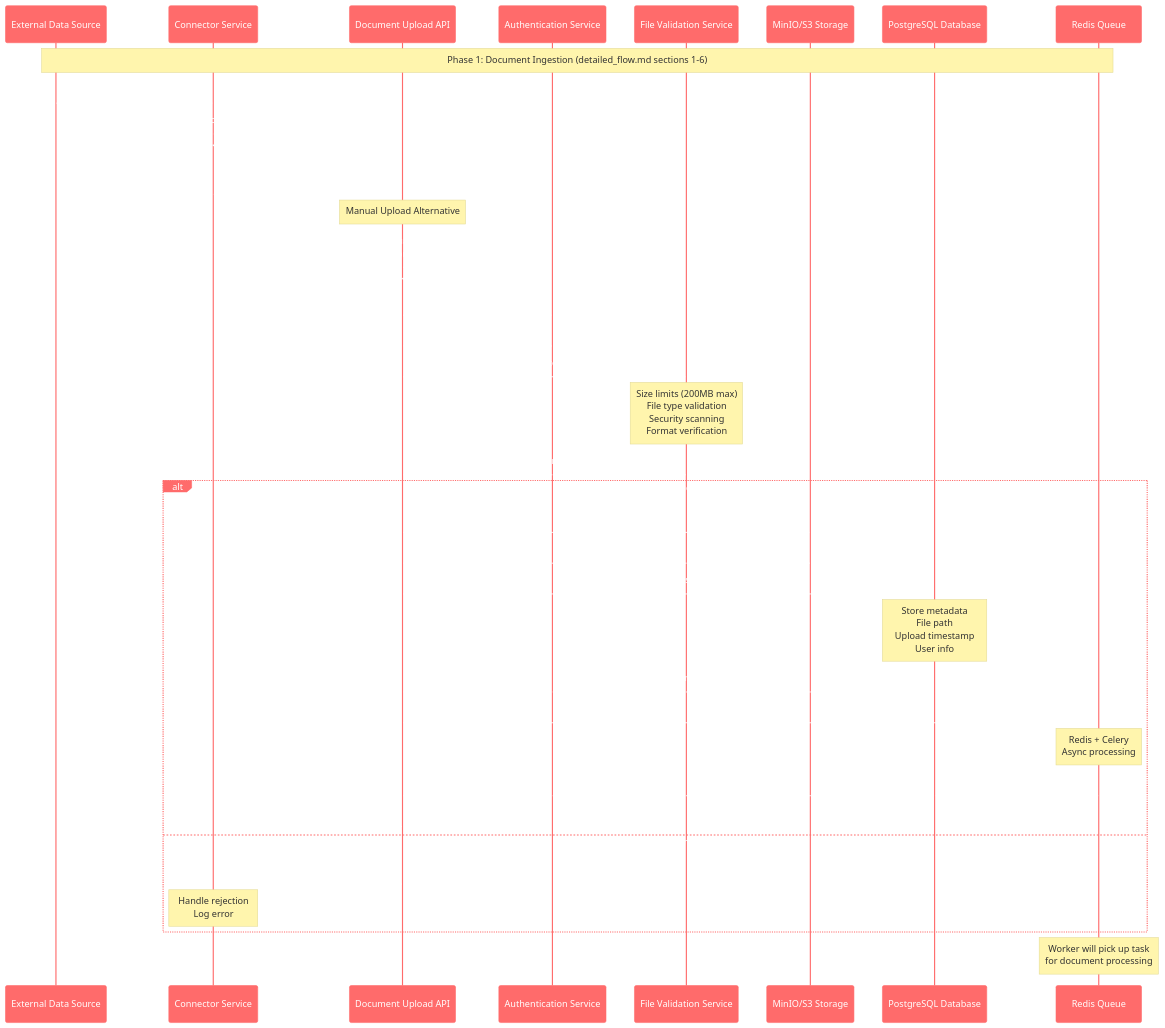
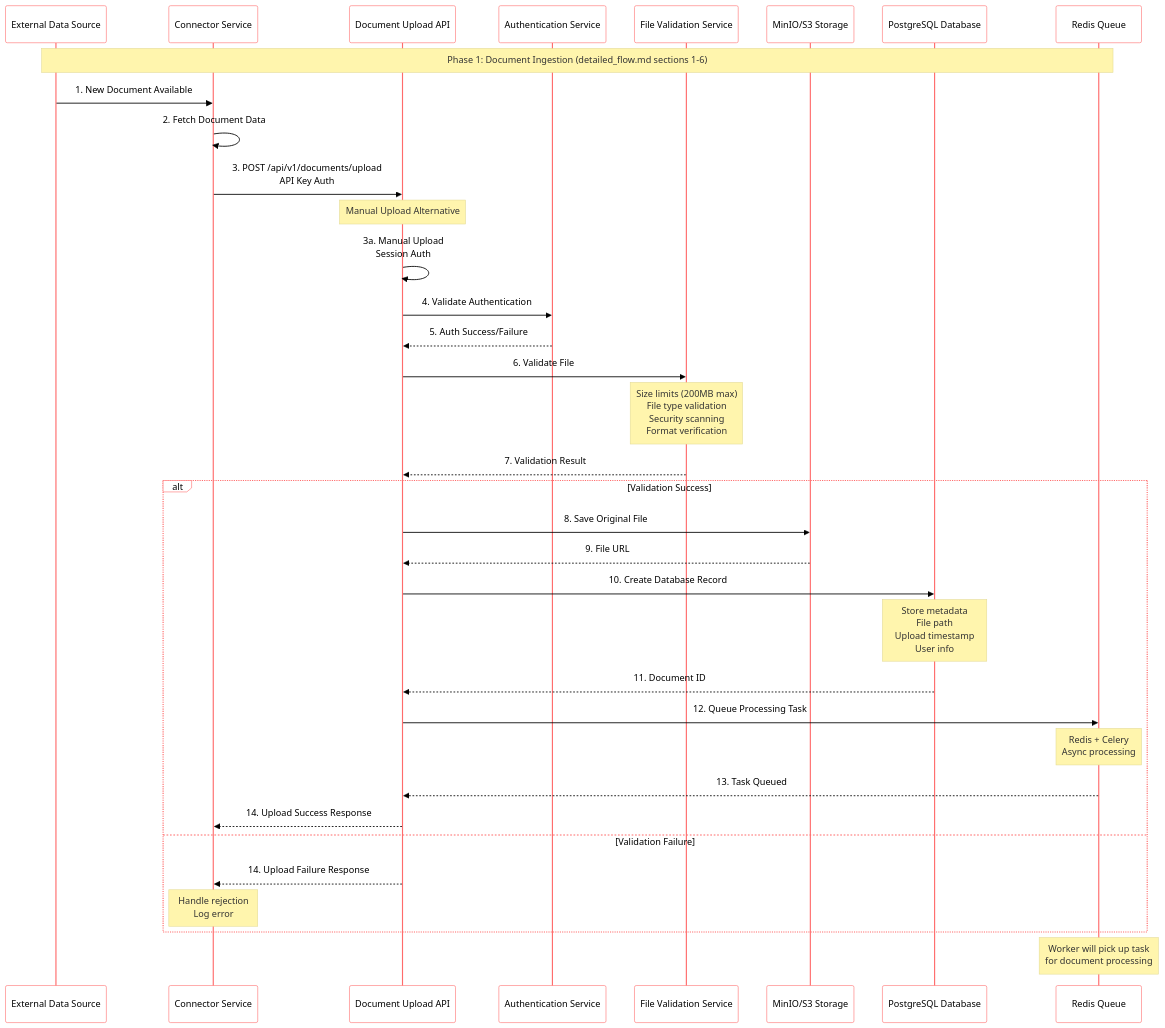
The diagram in kmrl-plan/design/diagrams/sequence_document_upload.mmd (Blessan-Alex/redbox-v2), drawn with Mermaid before and after one commit. The commit also changed 14 other files, not shown here.

```diff
--- a/kmrl-plan/design/diagrams/sequence_document_upload.mmd
+++ b/kmrl-plan/design/diagrams/sequence_document_upload.mmd
@@ -1,76 +1,84 @@
 %%{
   init: {
     'theme': 'base',
     'themeVariables': {
       'primaryColor': '#ff6b6b',
-      'primaryTextColor': '#fff',
+      'primaryTextColor': '#000000',
       'primaryBorderColor': '#ff6b6b',
-      'lineColor': '#333',
+      'lineColor': '#000000',
       'sectionBkgColor': '#f8f9fa',
       'altSectionBkgColor': '#e9ecef',
       'gridColor': '#dee2e6',
       'secondaryColor': '#4ecdc4',
-      'tertiaryColor': '#45b7d1'
+      'tertiaryColor': '#45b7d1',
+      'primaryTextColor': '#000000',
+      'secondaryTextColor': '#000000',
+      'tertiaryTextColor': '#000000',
+      'lineColor': '#000000',
+      'textColor': '#000000',
+      'mainBkg': '#ffffff',
+      'secondBkg': '#f8f9fa',
+      'tertiaryBkg': '#e9ecef'
     }
   }
 }%%
 
 %% KMRL Document Upload Sequence Diagram
 %% Source: detailed_flow.md sections 1-2, flow.md phase 1, flow2.md steps 1-7
 %% Author: Systems Architect
 %% Date: 2024-12-19
 %% Purpose: Document upload flow from external sources to processing queue
 
 sequenceDiagram
     participant EDS as External Data Source
     participant CONN as Connector Service
     participant API as Document Upload API
     participant AUTH as Authentication Service
     participant VAL as File Validation Service
     participant S3 as MinIO/S3 Storage
     participant PG as PostgreSQL Database
     participant REDIS as Redis Queue
     
     Note over EDS,REDIS: Phase 1: Document Ingestion (detailed_flow.md sections 1-6)
     
     %% Automatic Upload Flow
     EDS->>CONN: 1. New Document Available
     CONN->>CONN: 2. Fetch Document Data
     CONN->>API: 3. POST /api/v1/documents/upload<br/>API Key Auth
     
     %% Manual Upload Flow (Alternative)
     Note over API: Manual Upload Alternative
     API->>API: 3a. Manual Upload<br/>Session Auth
     
     %% Authentication
     API->>AUTH: 4. Validate Authentication
     AUTH-->>API: 5. Auth Success/Failure
     
     %% File Validation
     API->>VAL: 6. Validate File
     Note over VAL: Size limits (200MB max)<br/>File type validation<br/>Security scanning<br/>Format verification
     VAL-->>API: 7. Validation Result
     
     alt Validation Success
         %% Storage Operations
         API->>S3: 8. Save Original File
         S3-->>API: 9. File URL
         
         API->>PG: 10. Create Database Record
         Note over PG: Store metadata<br/>File path<br/>Upload timestamp<br/>User info
         PG-->>API: 11. Document ID
         
         %% Queue Processing
         API->>REDIS: 12. Queue Processing Task
         Note over REDIS: Redis + Celery<br/>Async processing
         REDIS-->>API: 13. Task Queued
         
         API-->>CONN: 14. Upload Success Response
         
     else Validation Failure
         API-->>CONN: 14. Upload Failure Response
         Note over CONN: Handle rejection<br/>Log error
     end
     
     %% Background Processing Trigger
     Note over REDIS: Worker will pick up task<br/>for document processing
```
